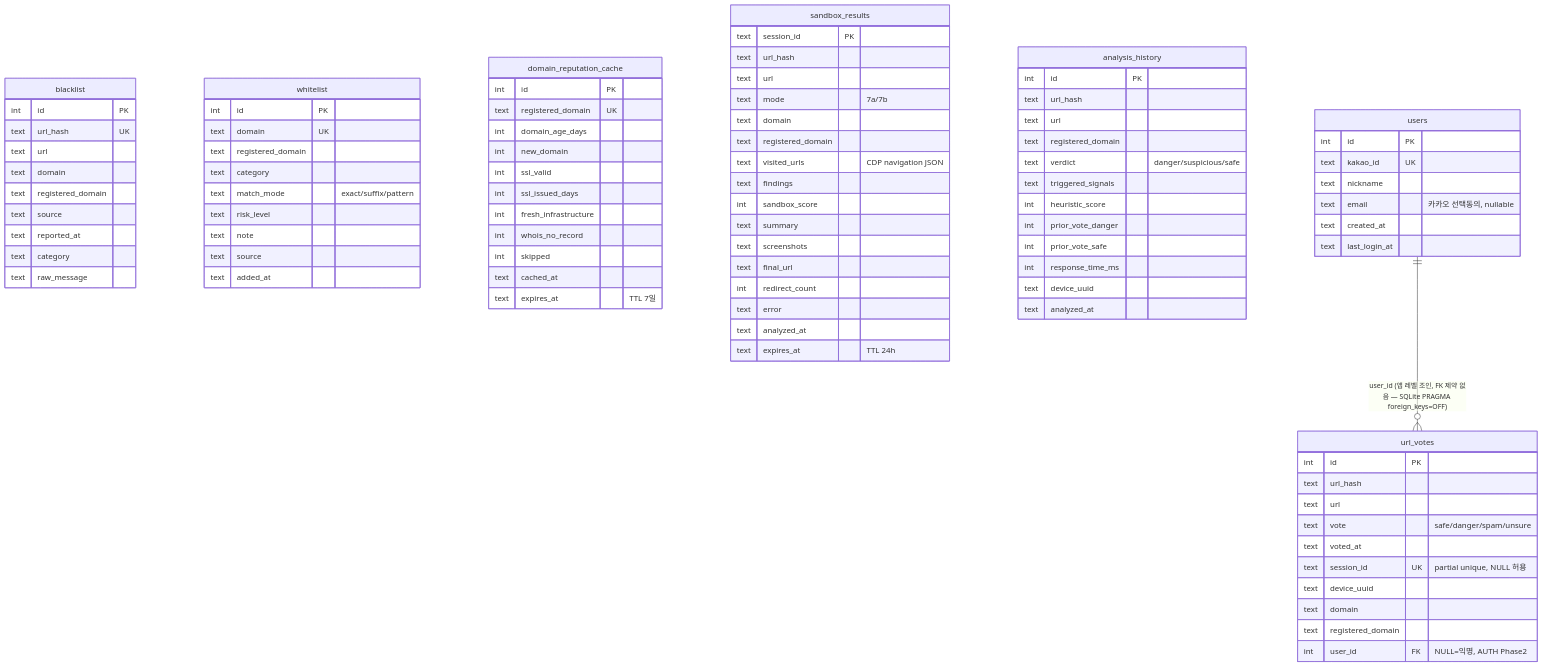
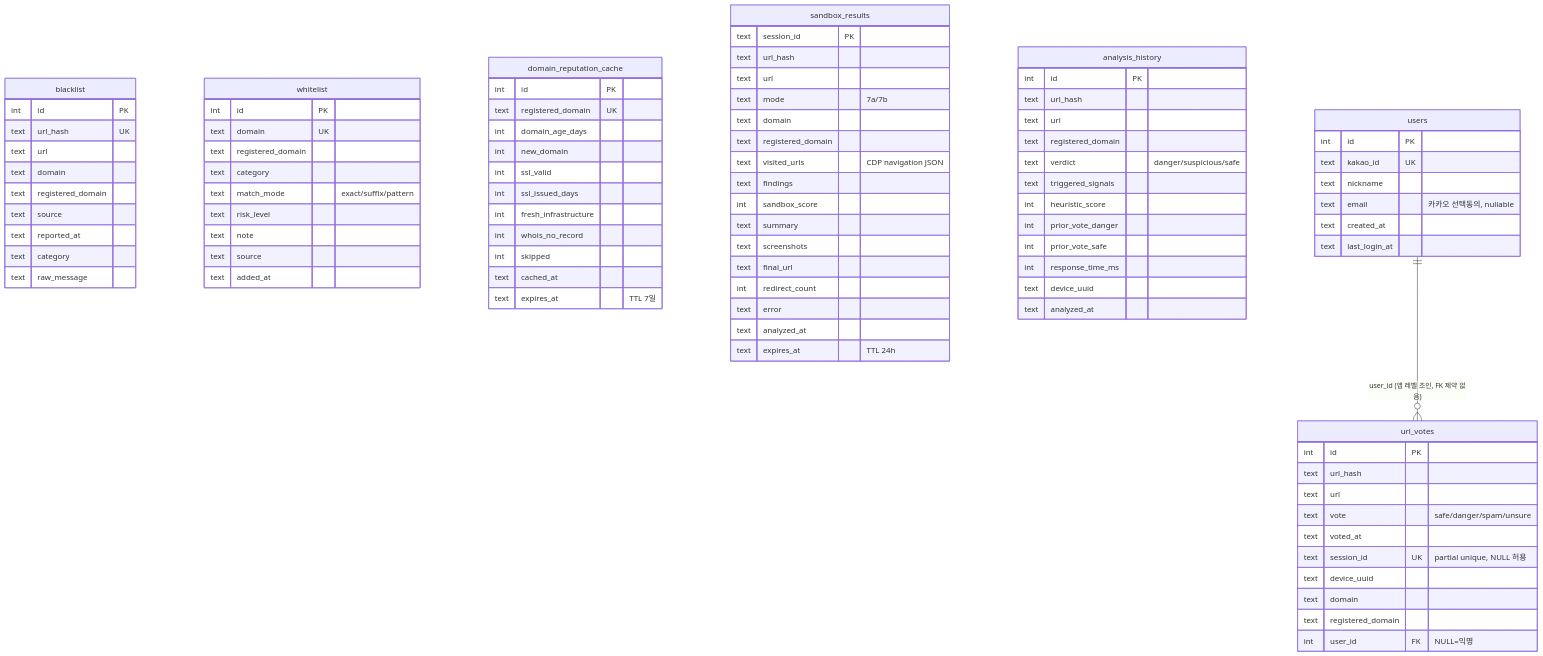
The diagram in docs/ERD.md (gusn9719/security_hub), drawn with Mermaid before and after one commit. The commit also changed other lines of this file and 20 other files, not shown here.

````diff
--- a/docs/ERD.md
+++ b/docs/ERD.md
@@ -81,7 +61,7 @@
         text device_uuid
         text domain
         text registered_domain
-        int user_id FK "NULL=익명, AUTH Phase2"
+        int user_id FK "NULL=익명"
     }
 
     sandbox_results {
@@ -127,5 +107,5 @@
         text last_login_at
     }
 
-    users ||--o{ url_votes : "user_id (앱 레벨 조인, FK 제약 없음 — SQLite PRAGMA foreign_keys=OFF)"
+    users ||--o{ url_votes : "user_id (앱 레벨 조인, FK 제약 없음)"
 ```
````
